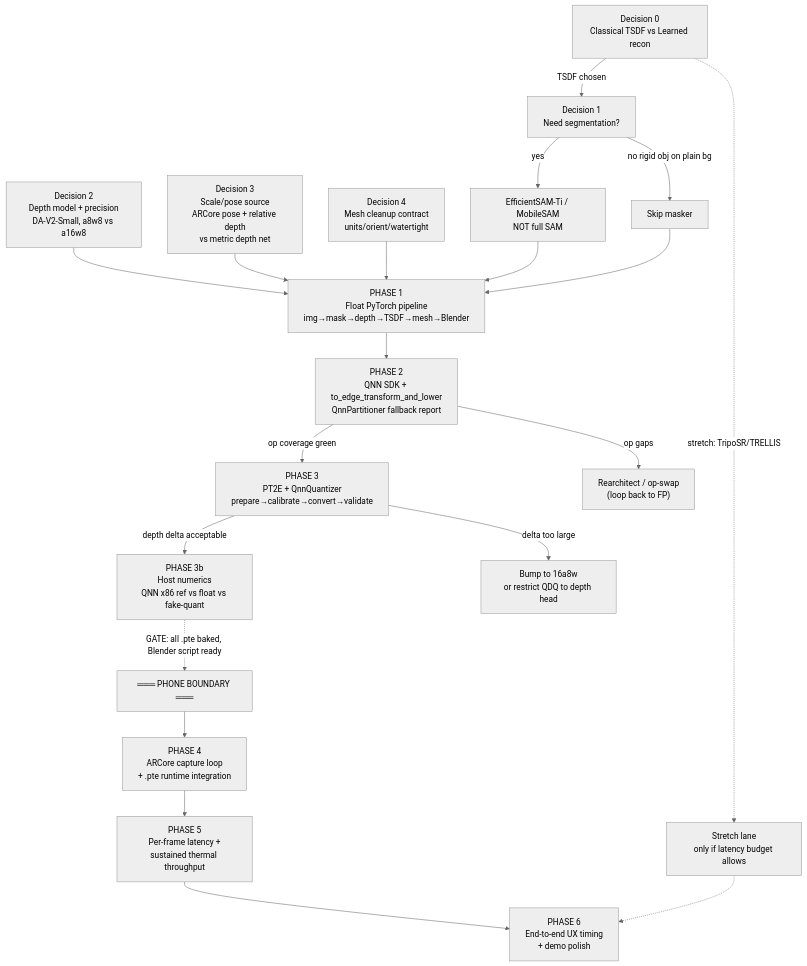
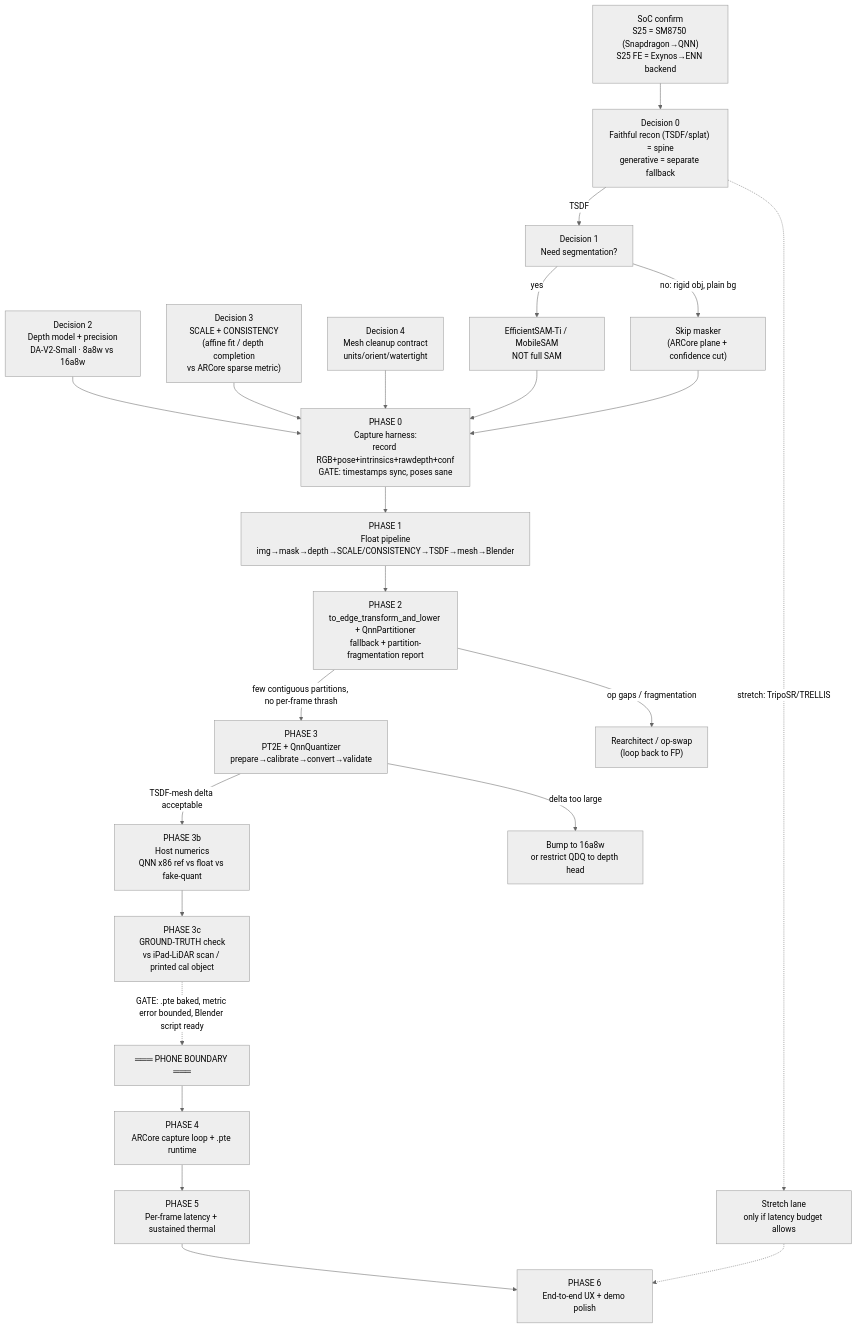
Before and after one commit to TheActualJacob/lantern: the first of 2 diagrams in roadmap.md, drawn with Mermaid (neutral theme). The commit also changed other lines of this file and 1 other file, not shown here.

Commit message:
updated roadmap

````diff
--- a/roadmap.md
+++ b/roadmap.md
@@ -7,24 +15,27 @@
 ```mermaid
 flowchart TD
-    D0["Decision 0<br/>Classical TSDF vs Learned recon"] -->|TSDF chosen| D1
+    SOC["SoC confirm<br/>S25 = SM8750 (Snapdragon→QNN)<br/>S25 FE = Exynos→ENN backend"] --> D0
+    D0["Decision 0<br/>Faithful recon (TSDF/splat) = spine<br/>generative = separate fallback"] -->|TSDF| D1
     D0 -.->|stretch: TripoSR/TRELLIS| STR["Stretch lane<br/>only if latency budget allows"]
     D1["Decision 1<br/>Need segmentation?"] -->|yes| SEG["EfficientSAM-Ti / MobileSAM<br/>NOT full SAM"]
-    D1 -->|no rigid obj on plain bg| SKIPSEG["Skip masker"]
-    D2["Decision 2<br/>Depth model + precision<br/>DA-V2-Small, a8w8 vs a16w8"] --> FP
-    D3["Decision 3<br/>Scale/pose source<br/>ARCore pose + relative depth<br/>vs metric depth net"] --> FP
-    D4["Decision 4<br/>Mesh cleanup contract<br/>units/orient/watertight"] --> FP
-    SEG --> FP
-    SKIPSEG --> FP
-    FP["PHASE 1<br/>Float PyTorch pipeline<br/>img→mask→depth→TSDF→mesh→Blender"] --> QNN
-    QNN["PHASE 2<br/>QNN SDK + to_edge_transform_and_lower<br/>QnnPartitioner fallback report"] -->|op coverage green| QNT
-    QNN -->|op gaps| REARCH["Rearchitect / op-swap<br/>(loop back to FP)"]
-    QNT["PHASE 3<br/>PT2E + QnnQuantizer<br/>prepare→calibrate→convert→validate"] -->|depth delta acceptable| HOSTVAL
+    D1 -->|no: rigid obj, plain bg| SKIPSEG["Skip masker<br/>(ARCore plane + confidence cut)"]
+    D2["Decision 2<br/>Depth model + precision<br/>DA-V2-Small · 8a8w vs 16a8w"] --> P0
+    D3["Decision 3<br/>SCALE + CONSISTENCY<br/>(affine fit / depth completion<br/>vs ARCore sparse metric)"] --> P0
+    D4["Decision 4<br/>Mesh cleanup contract<br/>units/orient/watertight"] --> P0
+    SEG --> P0
+    SKIPSEG --> P0
+    P0["PHASE 0<br/>Capture harness:<br/>record RGB+pose+intrinsics+rawdepth+conf<br/>GATE: timestamps sync, poses sane"] --> FP
+    FP["PHASE 1<br/>Float pipeline<br/>img→mask→depth→SCALE/CONSISTENCY→TSDF→mesh→Blender"] --> QNN
+    QNN["PHASE 2<br/>to_edge_transform_and_lower + QnnPartitioner<br/>fallback + partition-fragmentation report"] -->|few contiguous partitions, no per-frame thrash| QNT
+    QNN -->|op gaps / fragmentation| REARCH["Rearchitect / op-swap<br/>(loop back to FP)"]
+    QNT["PHASE 3<br/>PT2E + QnnQuantizer<br/>prepare→calibrate→convert→validate"] -->|TSDF-mesh delta acceptable| HOSTVAL
     QNT -->|delta too large| QNT2["Bump to 16a8w<br/>or restrict QDQ to depth head"]
-    HOSTVAL["PHASE 3b<br/>Host numerics<br/>QNN x86 ref vs float vs fake-quant"]
-    HOSTVAL -.->|GATE: all .pte baked, Blender script ready| PHONE
+    HOSTVAL["PHASE 3b<br/>Host numerics<br/>QNN x86 ref vs float vs fake-quant"] --> GT
+    GT["PHASE 3c<br/>GROUND-TRUTH check<br/>vs iPad-LiDAR scan / printed cal object"]
+    GT -.->|GATE: .pte baked, metric error bounded, Blender script ready| PHONE
     PHONE["═══ PHONE BOUNDARY ═══"]
-    PHONE --> INT["PHASE 4<br/>ARCore capture loop<br/>+ .pte runtime integration"]
-    INT --> PROF["PHASE 5<br/>Per-frame latency +<br/>sustained thermal throughput"]
-    PROF --> UX["PHASE 6<br/>End-to-end UX timing<br/>+ demo polish"]
+    PHONE --> INT["PHASE 4<br/>ARCore capture loop + .pte runtime"]
+    INT --> PROF["PHASE 5<br/>Per-frame latency + sustained thermal"]
+    PROF --> UX["PHASE 6<br/>End-to-end UX + demo polish"]
     STR -.-> UX
 ```
````
